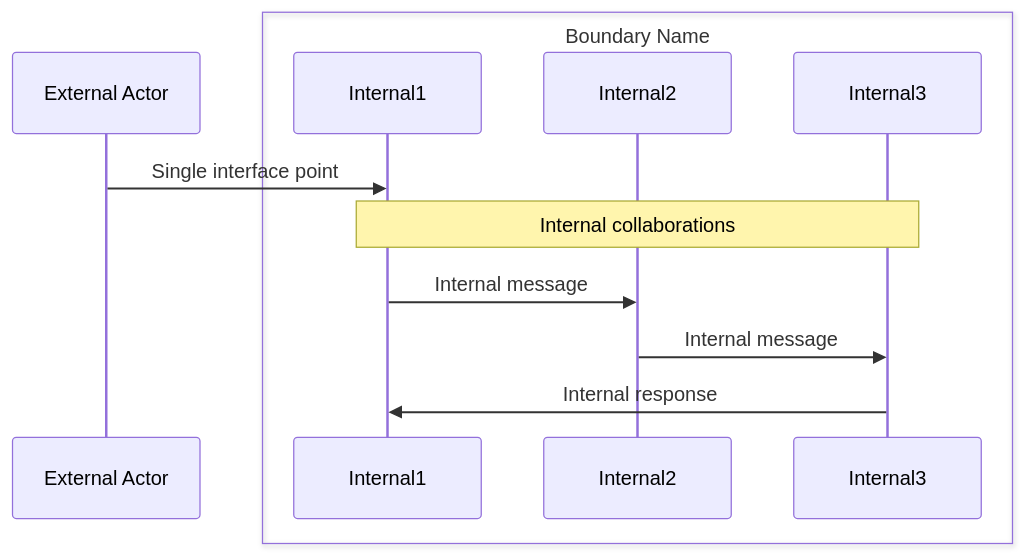
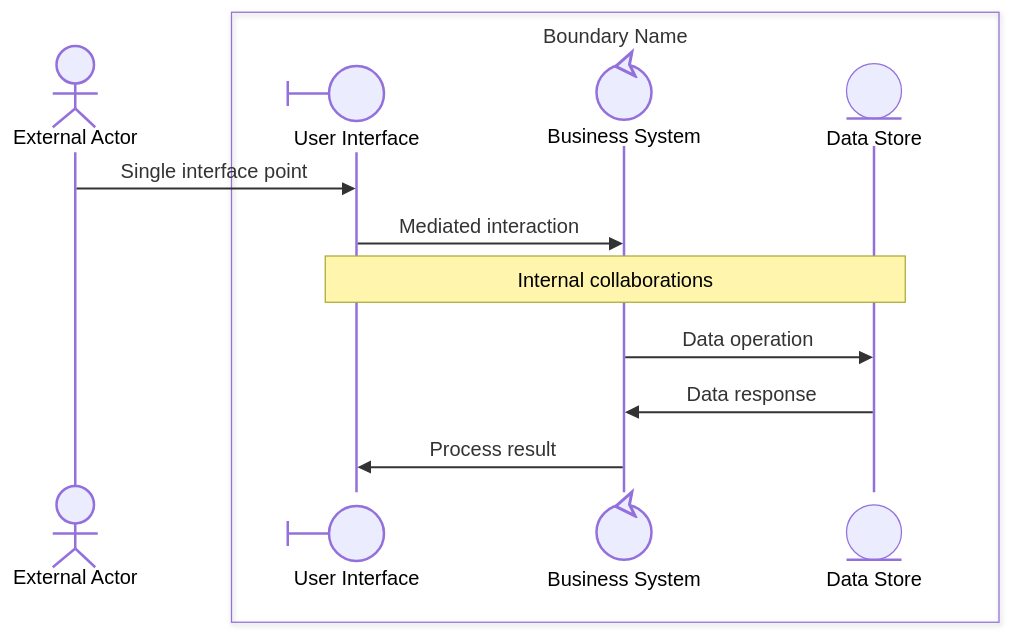
The first of 9 diagrams in OrgDocument/projects/03 - Building Skills Iteration 2/artifacts/Analysis/boundary-concepts.md (zhongadamwang/AI_Slowcooker), drawn with Mermaid before and after one commit. The commit also changed other lines of this file and 2 other files, not shown here.

````diff
--- a/OrgDocument/projects/03 - Building Skills Iteration 2/artifacts/Analysis/boundary-concepts.md
+++ b/OrgDocument/projects/03 - Building Skills Iteration 2/artifacts/Analysis/boundary-concepts.md
@@ -22,17 +40,18 @@
 ```mermaid
 sequenceDiagram
-    participant External as External Actor
+    participant External@{ "type" : "actor" } as External Actor
     
     box Boundary Name
-        participant Internal1
-        participant Internal2
-        participant Internal3
+        participant UI@{ "type" : "boundary" } as User Interface
+        participant System1@{ "type" : "control" } as Business System
+        participant Entity1@{ "type" : "entity" } as Data Store
     end
     
-    External->>Internal1: Single interface point
+    External->>UI: Single interface point
+    UI->>System1: Mediated interaction
     
-    Note over Internal1,Internal3: Internal collaborations
-    Internal1->>Internal2: Internal message
-    Internal2->>Internal3: Internal message
-    Internal3->>Internal1: Internal response
+    Note over UI,Entity1: Internal collaborations
+    System1->>Entity1: Data operation
+    Entity1->>System1: Data response
+    System1->>UI: Process result
 ```
````
